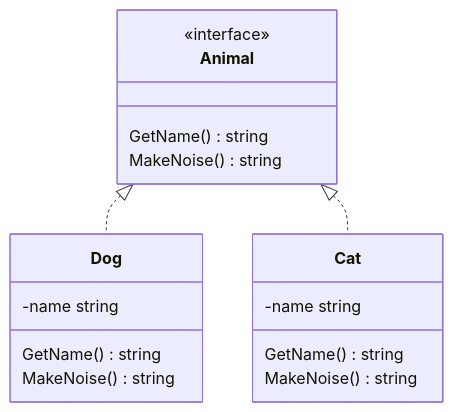
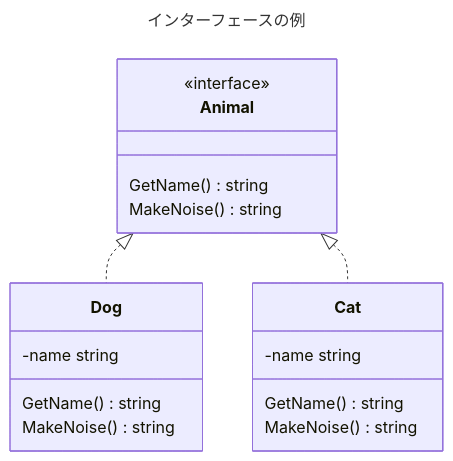
Before and after one commit to masafumi330/go-class-uml: the diagram in interface/README.md, drawn with Mermaid. The commit also changed 2 other files, not shown here.

Commit message:
:zap: 委譲を使った例

````diff
--- a/interface/README.md
+++ b/interface/README.md
@@ -5,25 +5,29 @@
 ```mermaid
+---
+title: インターフェースの例
+---
+
 classDiagram
     class Animal {
         <<interface>>
         GetName() string
         MakeNoise() string
     }
 
     class Dog {
         -name string
 
         GetName() string
         MakeNoise() string
     }
 
     class Cat {
         -name string
 
         GetName() string
         MakeNoise() string
     }
 
     Animal <|.. Dog
     Animal <|.. Cat
 ```
````
